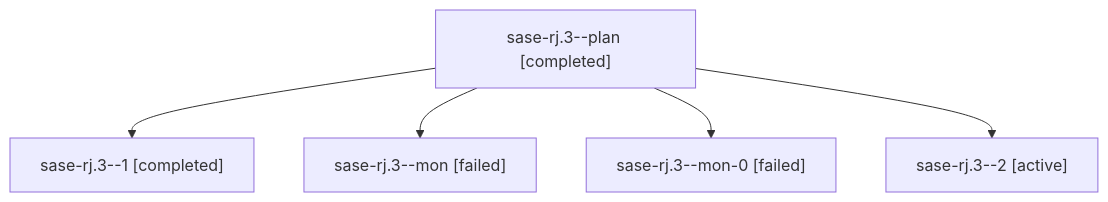
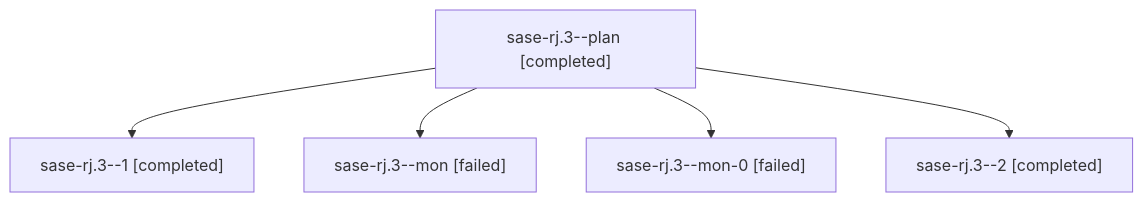
One commit to sase-org/sase--agents changed the diagram in families/bbugyi200.athena.sase-rj.3.md. Above: the diagram before and after it, drawn with Mermaid. The commit also changed other lines of this file and 117 other files, not shown here.

````diff
--- a/families/bbugyi200.athena.sase-rj.3.md
+++ b/families/bbugyi200.athena.sase-rj.3.md
@@ -9,12 +9,12 @@
 ```mermaid
 flowchart TD
   n0["sase-rj.3--plan [completed]"]
   n1["sase-rj.3--1 [completed]"]
   n0 --> n1
   n2["sase-rj.3--mon [failed]"]
   n0 --> n2
   n3["sase-rj.3--mon-0 [failed]"]
   n0 --> n3
-  n4["sase-rj.3--2 [active]"]
+  n4["sase-rj.3--2 [completed]"]
   n0 --> n4
 ```
````
